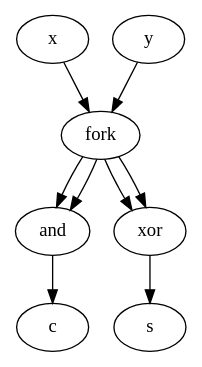
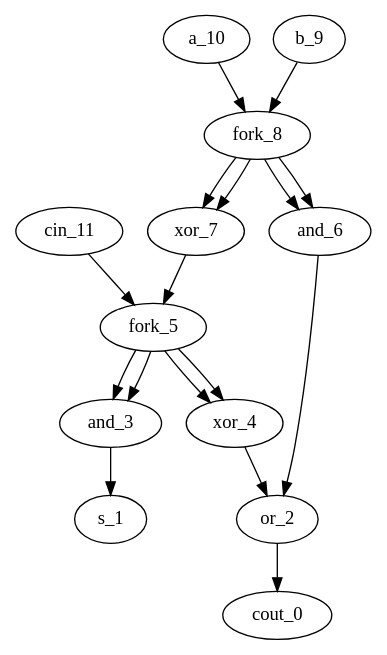
Before and after one commit to akuczala/cat-circuits: the diagram in test.gv, drawn with Graphviz. The commit also changed 3 other files, not shown here.

```diff
--- a/test.gv
+++ b/test.gv
@@ -1,10 +1,18 @@
 digraph G {
-    and -> c
-    xor -> s
-    fork -> and
-    fork -> and
-    fork -> xor
-    fork -> xor
-    x -> fork
-    y -> fork
+    or_2 -> cout_0
+    and_3 -> s_1
+    and_6 -> or_2
+    xor_4 -> or_2
+    fork_5 -> and_3
+    fork_5 -> and_3
+    fork_5 -> xor_4
+    fork_5 -> xor_4
+    cin_11 -> fork_5
+    xor_7 -> fork_5
+    fork_8 -> and_6
+    fork_8 -> and_6
+    fork_8 -> xor_7
+    fork_8 -> xor_7
+    a_10 -> fork_8
+    b_9 -> fork_8
 }
```
